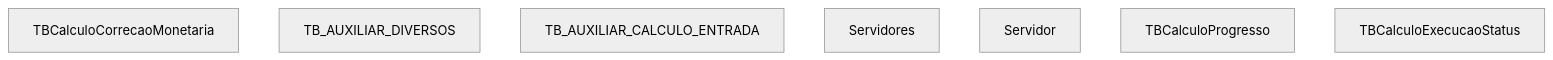
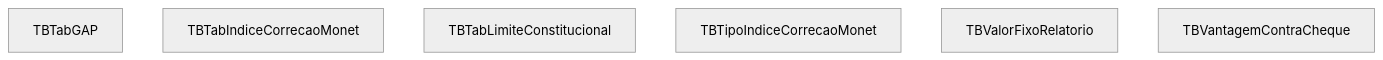
Diagram 13 of 15 in BDFolhaBA.md (PedroDeveloper/adsd), drawn with Mermaid before and after one commit. The commit also changed other lines of this file, not shown here.

````diff
--- a/BDFolhaBA.md
+++ b/BDFolhaBA.md
@@ -200,18 +243,16 @@
 ```mermaid
 graph TB
 %%{ init: { 'theme': 'neutral', 'flowchart': { 'useMaxWidth': false, 'curve': 'basis' }}}%%
-	TBCalculoCorrecaoMonetaria["TBCalculoCorrecaoMonetaria"]
+	TBTabGAP["TBTabGAP"]
 
-	TB_AUXILIAR_DIVERSOS["TB_AUXILIAR_DIVERSOS"]
+	TBTabIndiceCorrecaoMonet["TBTabIndiceCorrecaoMonet"]
 
-	TB_AUXILIAR_CALCULO_ENTRADA["TB_AUXILIAR_CALCULO_ENTRADA"]
+	TBTabLimiteConstitucional["TBTabLimiteConstitucional"]
 
-	Servidores["Servidores"]
+	TBTipoIndiceCorrecaoMonet["TBTipoIndiceCorrecaoMonet"]
 
-	Servidor["Servidor"]
+	TBValorFixoRelatorio["TBValorFixoRelatorio"]
 
-	TBCalculoProgresso["TBCalculoProgresso"]
-
-	TBCalculoExecucaoStatus["TBCalculoExecucaoStatus"]
+	TBVantagemContraCheque["TBVantagemContraCheque"]
 
 ```
````
